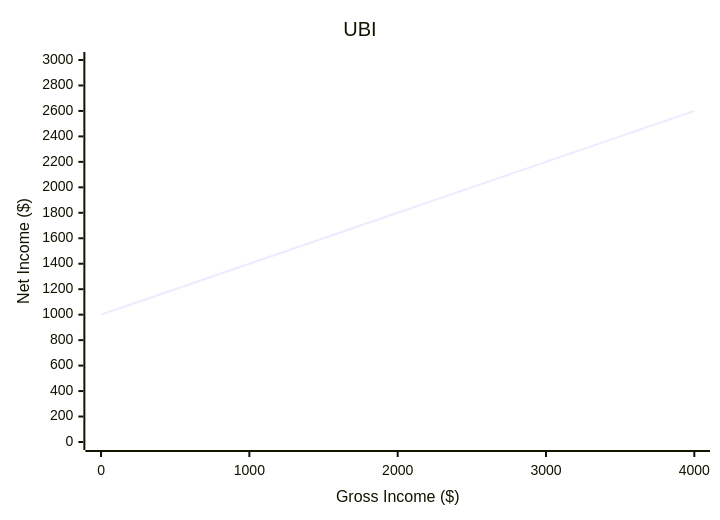
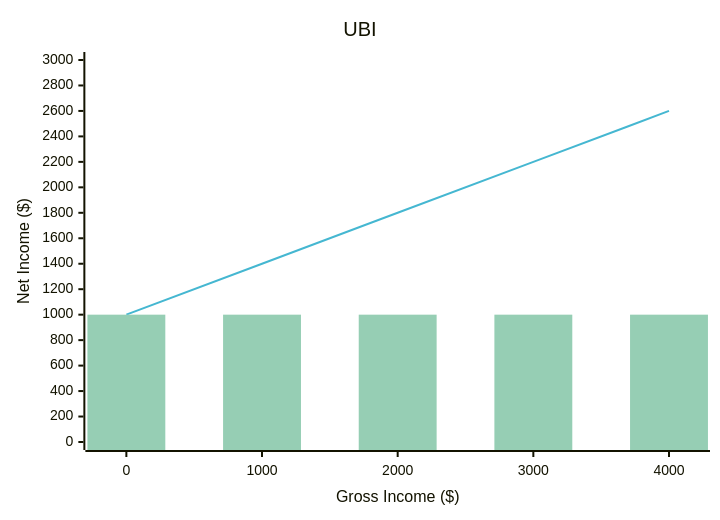
The third of 4 diagrams in notes/economy/justice.md (sergey-shandar/public), drawn with Mermaid before and after one commit. The commit also changed other lines of this file, not shown here.

First line of the commit message:
Enhance chart colorization with explicit color palettes

````diff
--- a/notes/economy/justice.md
+++ b/notes/economy/justice.md
@@ -40,8 +42,9 @@
 ```mermaid
-%%{init: {'theme':'default'}}%%
+%%{init: {'theme':'base', 'themeVariables': {'xyChart': {'plotColorPalette': '#45b7d1,#96ceb4,#ffeaa7,#fd79a8,#a29bfe,#6c5ce7'}}}}%%
 xychart-beta
     title "UBI"
     x-axis "Gross Income ($)" [0, 1000, 2000, 3000, 4000]
     y-axis "Net Income ($)" 0 --> 3000
     line "Net Income with UBI" [1000, 1400, 1800, 2200, 2600]
+    bar "UBI Component" [1000, 1000, 1000, 1000, 1000]
 ```
````
